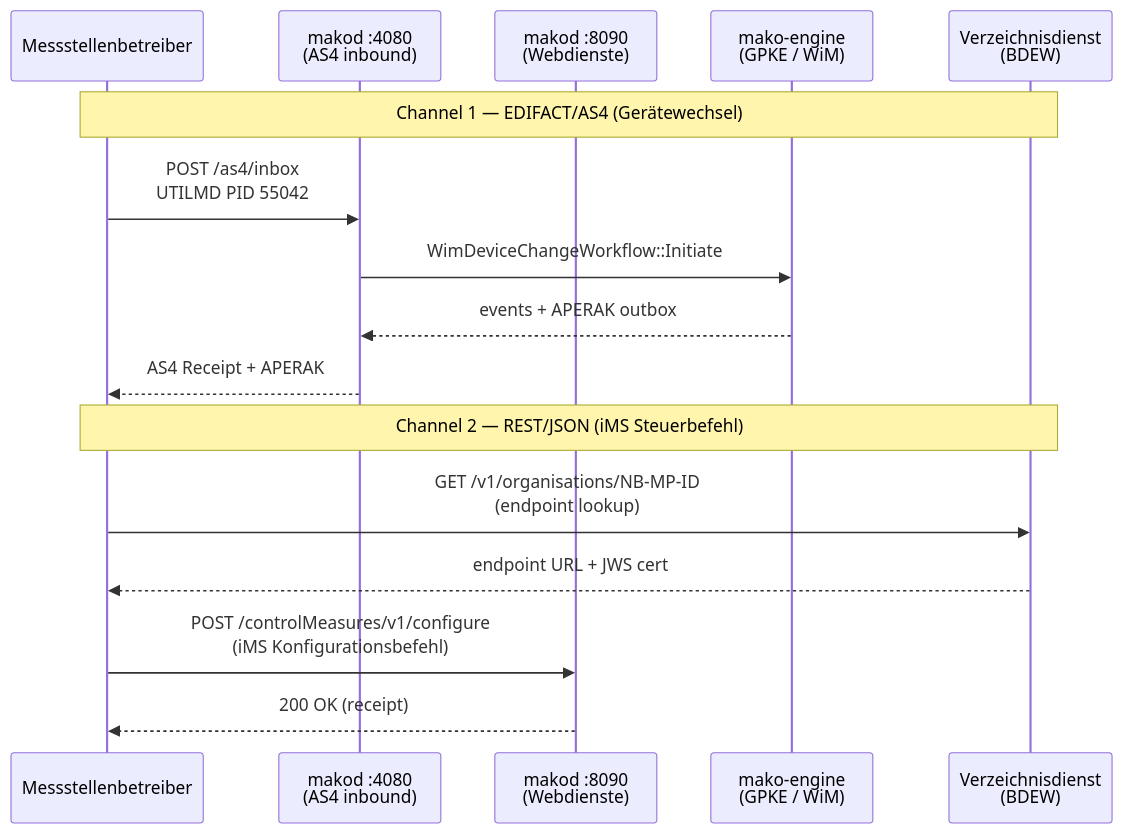
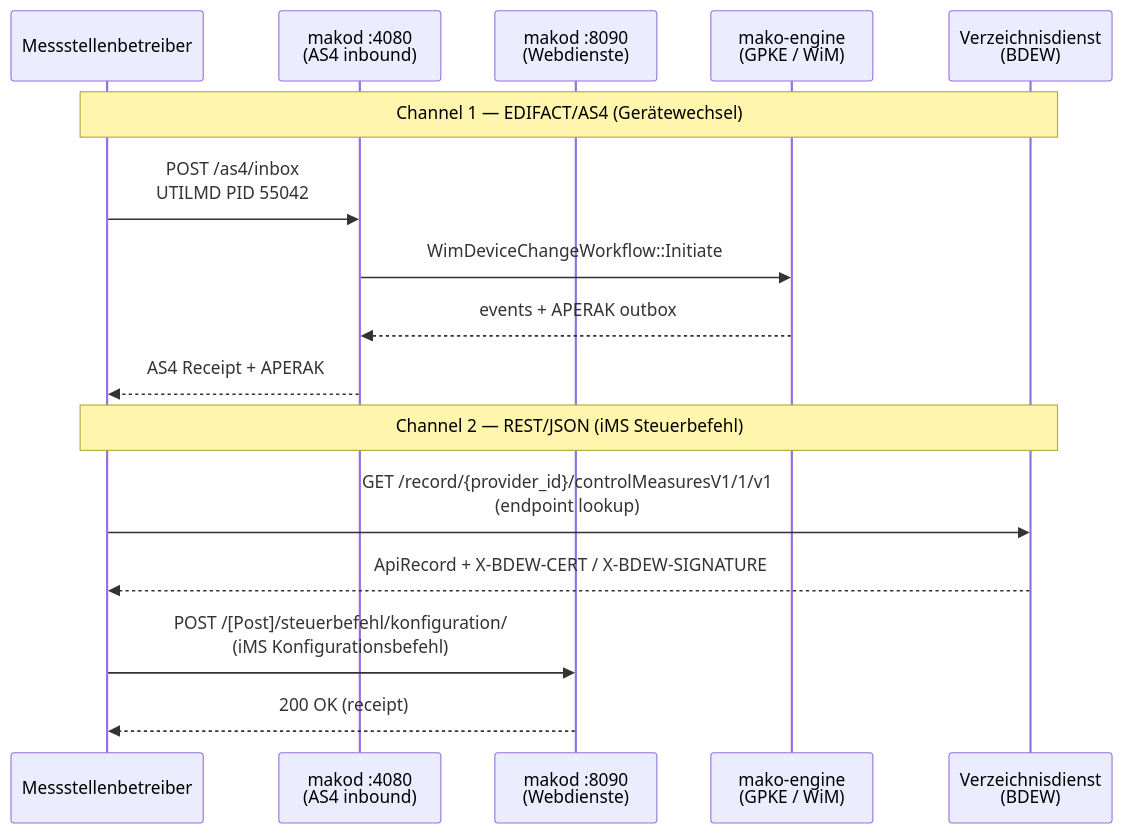
One commit to hupe1980/mako changed the second of 2 diagrams in site/content/docs/architecture/api-webdienste.md. Above: the diagram before and after it, drawn with Mermaid. The commit also changed other lines of this file and 490 other files, not shown here.

````diff
--- a/site/content/docs/architecture/api-webdienste.md
+++ b/site/content/docs/architecture/api-webdienste.md
@@ -115,20 +112,20 @@
 ```mermaid
 sequenceDiagram
     participant MSB as Messstellenbetreiber
     participant NB_AS4 as makod :4080<br/>(AS4 inbound)
     participant NB_WEB as makod :8090<br/>(Webdienste)
     participant engine as mako-engine<br/>(GPKE / WiM)
     participant dir as Verzeichnisdienst<br/>(BDEW)
 
     Note over MSB,dir: Channel 1 — EDIFACT/AS4 (Gerätewechsel)
     MSB->>NB_AS4: POST /as4/inbox<br/>UTILMD PID 55042
     NB_AS4->>engine: WimDeviceChangeWorkflow::Initiate
     engine-->>NB_AS4: events + APERAK outbox
     NB_AS4-->>MSB: AS4 Receipt + APERAK
 
     Note over MSB,dir: Channel 2 — REST/JSON (iMS Steuerbefehl)
-    MSB->>dir: GET /v1/organisations/NB-MP-ID<br/>(endpoint lookup)
-    dir-->>MSB: endpoint URL + JWS cert
-    MSB->>NB_WEB: POST /controlMeasures/v1/configure<br/>(iMS Konfigurationsbefehl)
+    MSB->>dir: GET /record/{provider_id}/controlMeasuresV1/1/v1<br/>(endpoint lookup)
+    dir-->>MSB: ApiRecord + X-BDEW-CERT / X-BDEW-SIGNATURE
+    MSB->>NB_WEB: POST /[Post]/steuerbefehl/konfiguration/<br/>(iMS Konfigurationsbefehl)
     NB_WEB-->>MSB: 200 OK (receipt)
 ```
````
